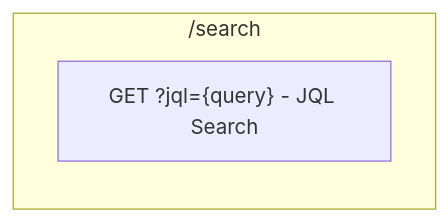
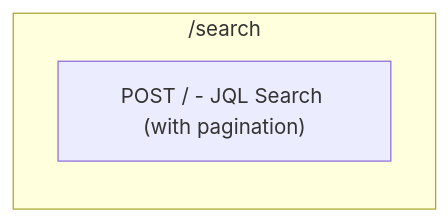
One commit to rom-orlovich/groote-ai changed the fourth of 10 diagrams in api-services/jira-api/docs/ARCHITECTURE.md. Above: the diagram before and after it, drawn with Mermaid. The commit also changed other lines of this file and 99 other files, not shown here.

Commit message:
feat: Add comprehensive documentation for service features, architecture, and flows, and introduce a Claude skill for documentation synchronization.

````diff
--- a/api-services/jira-api/docs/ARCHITECTURE.md
+++ b/api-services/jira-api/docs/ARCHITECTURE.md
@@ -85,6 +87,6 @@
 ```mermaid
 graph LR
     subgraph Search["/search"]
-        S1["GET ?jql={query} - JQL Search"]
+        S1["POST / - JQL Search (with pagination)"]
     end
 ```
````
